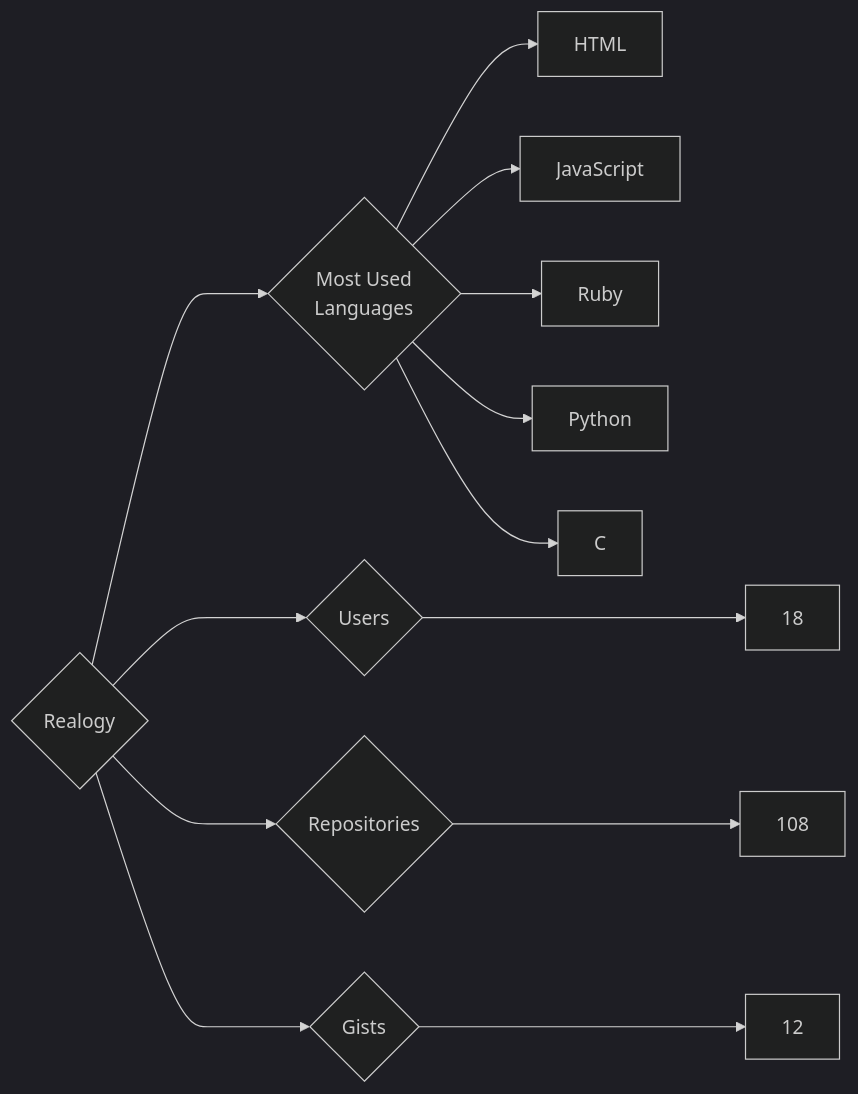
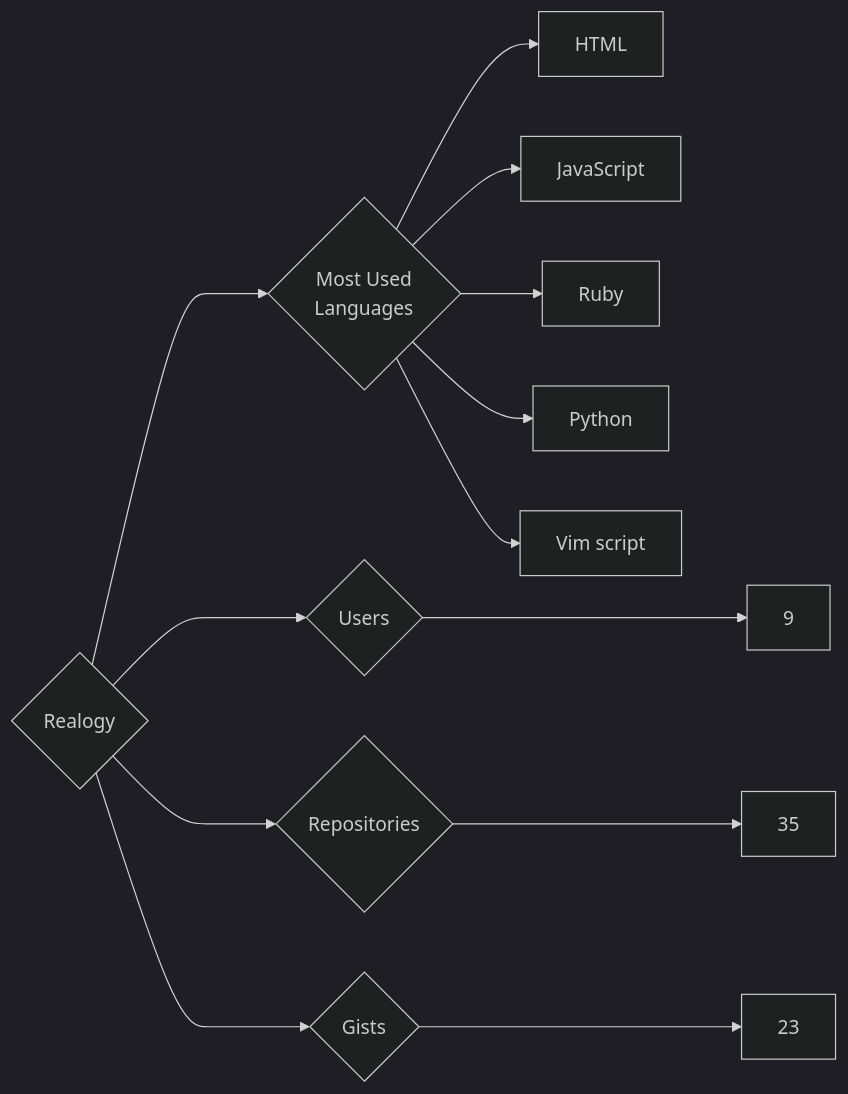
The diagram in targets/Realogy/README.md (trickest/insiders), drawn with Mermaid (dark theme) before and after one commit. The commit also changed 939 other files, not shown here.

````diff
--- a/targets/Realogy/README.md
+++ b/targets/Realogy/README.md
@@ -3,13 +3,13 @@
 ```mermaid
 graph LR
 COMPANY_NAME{Realogy}
-COMPANY_NAME ---> U{Users} ---> UN[18]
-COMPANY_NAME ---> R{Repositories} ---> RN[108]
-COMPANY_NAME ---> G{Gists} ---> GN[12]
+COMPANY_NAME ---> U{Users} ---> UN[9]
+COMPANY_NAME ---> R{Repositories} ---> RN[35]
+COMPANY_NAME ---> G{Gists} ---> GN[23]
 COMPANY_NAME ---> ML{Most Used<br>Languages}
 ML --> HTML[HTML]
 ML --> JavaScript[JavaScript]
 ML --> Ruby[Ruby]
 ML --> Python[Python]
-ML --> C[C]
+ML --> Vim_script[Vim script]
 ```
````
